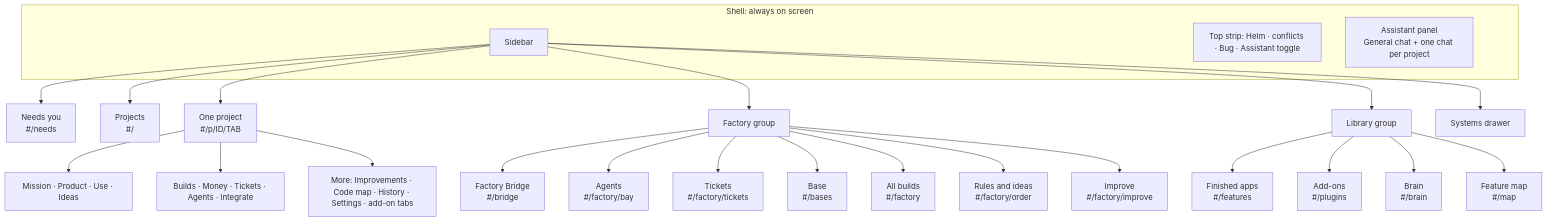
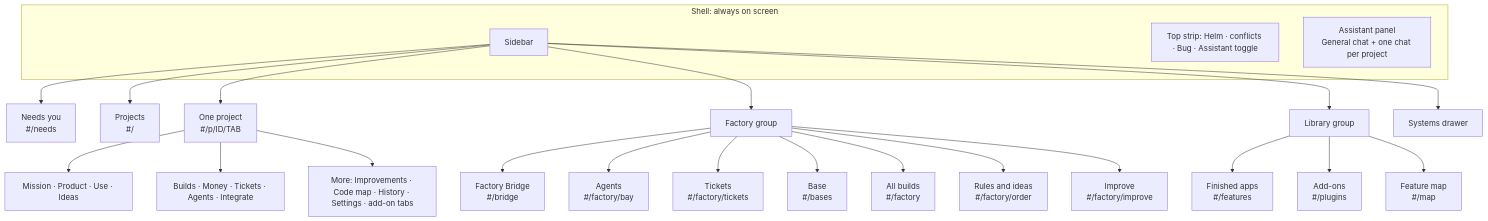
The diagram in docs/app.md (PlonterAsi/SoftwareFactory), drawn with Mermaid before and after one commit. The commit also changed other lines of this file and 13 other files, not shown here.

````diff
--- a/docs/app.md
+++ b/docs/app.md
@@ -11,32 +11,31 @@
 ```mermaid
 flowchart TB
   subgraph shell["Shell: always on screen"]
     sb["Sidebar"]
     top["Top strip: Helm · conflicts · Bug · Assistant toggle"]
     asst["Assistant panel<br/>General chat + one chat per project"]
   end
 
   sb --> needs["Needs you<br/>#/needs"]
   sb --> home["Projects<br/>#/"]
   sb --> proj["One project<br/>#/p/ID/TAB"]
   sb --> factory["Factory group"]
   sb --> lib["Library group"]
   sb --> systems["Systems drawer"]
 
   factory --> fb["Factory Bridge<br/>#/bridge"]
   factory --> bay["Agents<br/>#/factory/bay"]
   factory --> tk["Tickets<br/>#/factory/tickets"]
   factory --> bases["Base<br/>#/bases"]
   factory --> builds["All builds<br/>#/factory"]
   factory --> order["Rules and ideas<br/>#/factory/order"]
   factory --> imp["Improve<br/>#/factory/improve"]
 
   lib --> feat["Finished apps<br/>#/features"]
   lib --> plug["Add-ons<br/>#/plugins"]
-  lib --> brain["Brain<br/>#/brain"]
   lib --> fmap["Feature map<br/>#/map"]
 
   proj --> t1["Mission · Product · Use · Ideas"]
   proj --> t2["Builds · Money · Tickets · Agents · Integrate"]
   proj --> t4["More: Improvements · Code map · History · Settings · add-on tabs"]
 ```
````
